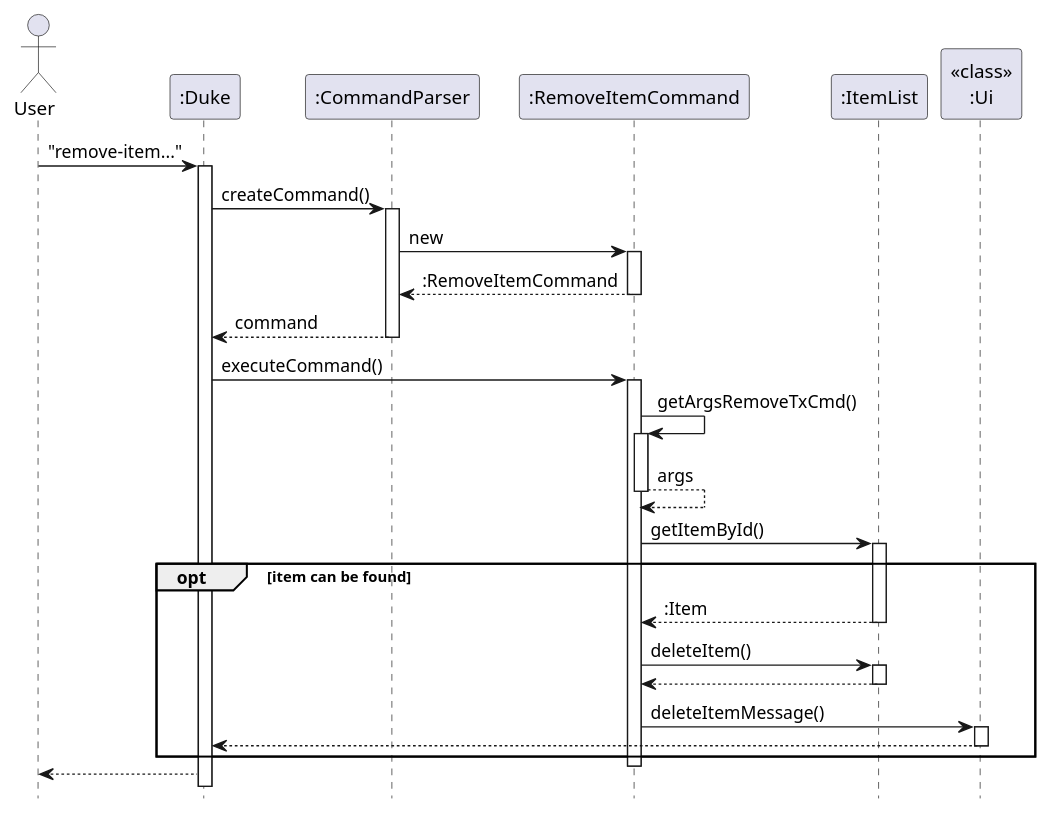
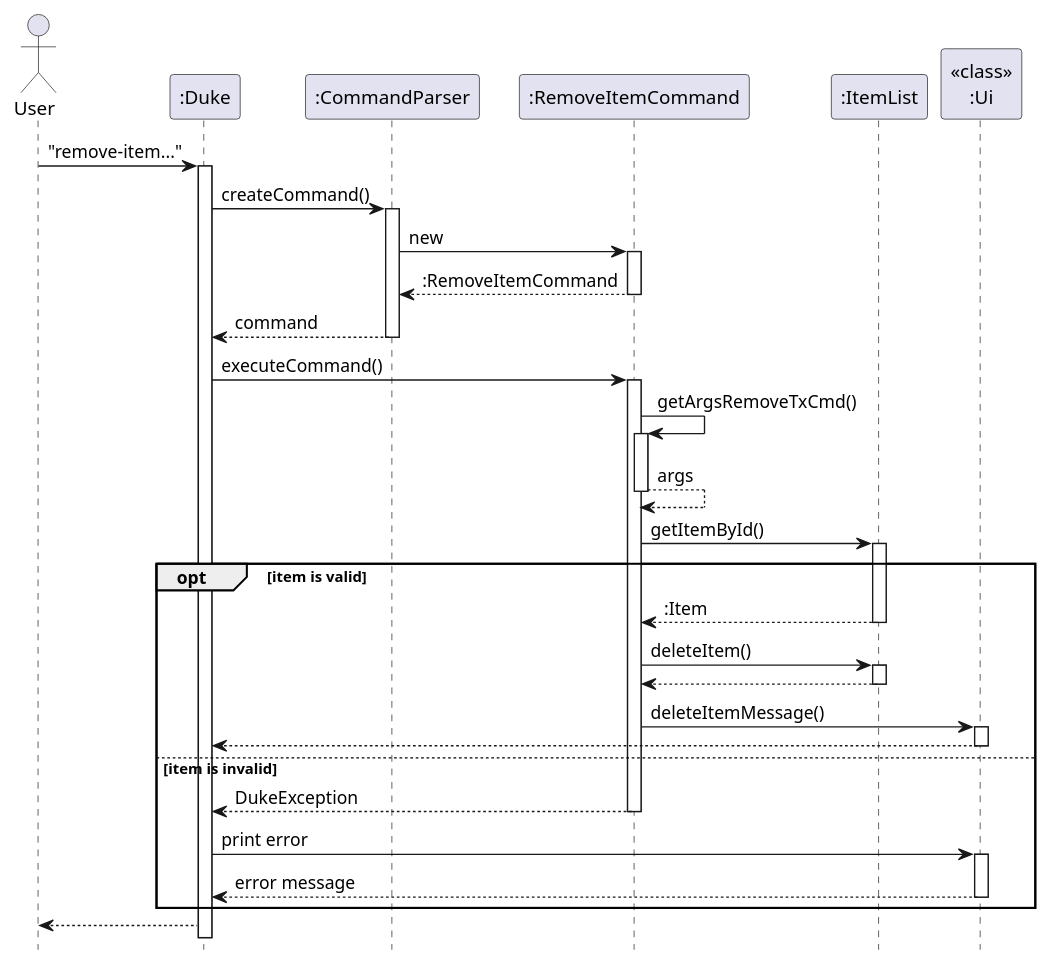
Before and after one commit to nus-cs2113-AY2223S1/tp: the diagram in docs/diagrams/item/RemoveItemSequence.puml, drawn with PlantUML. The commit also changed 22 other files, not shown here.

```diff
--- a/docs/diagrams/item/RemoveItemSequence.puml
+++ b/docs/diagrams/item/RemoveItemSequence.puml
@@ -1,37 +1,43 @@
 @startuml
 hide footbox
 
 Actor User
 "User" -> ":Duke": "remove-item..."
 activate ":Duke"
 ":Duke" -> ":CommandParser": createCommand()
 activate ":CommandParser"
 ":CommandParser" -> ":RemoveItemCommand": new
 activate ":RemoveItemCommand"
 return :RemoveItemCommand
 ":CommandParser" --> ":Duke": command
 deactivate
 
 ":Duke" -> ":RemoveItemCommand" : executeCommand()
 activate ":RemoveItemCommand"
 ":RemoveItemCommand" -> ":RemoveItemCommand": getArgsRemoveTxCmd()
 activate ":RemoveItemCommand"
 return args
     ":RemoveItemCommand" -> ":ItemList": getItemById()
     activate ":ItemList"
-opt item can be found
+opt item is valid
     ":ItemList" --> ":RemoveItemCommand": :Item
     deactivate ":ItemList"
     ":RemoveItemCommand" -> ":ItemList": deleteItem()
     activate ":ItemList"
     return
     ":RemoveItemCommand" -> "<<class>>\n:Ui": deleteItemMessage()
     activate "<<class>>\n:Ui"
     "<<class>>\n:Ui" --> ":Duke"
     deactivate "<<class>>\n:Ui"
     deactivate ":ItemList"
-
+else item is invalid
+    ":RemoveItemCommand" --> ":Duke" : DukeException
+    deactivate ":RemoveItemCommand"
+    ":Duke" -> "<<class>>\n:Ui" : print error
+    activate "<<class>>\n:Ui"
+    "<<class>>\n:Ui" --> ":Duke" : error message
+    deactivate "<<class>>\n:Ui"
 end
 deactivate ":RemoveItemCommand"
 ":Duke" --> "User"
 @enduml
```
